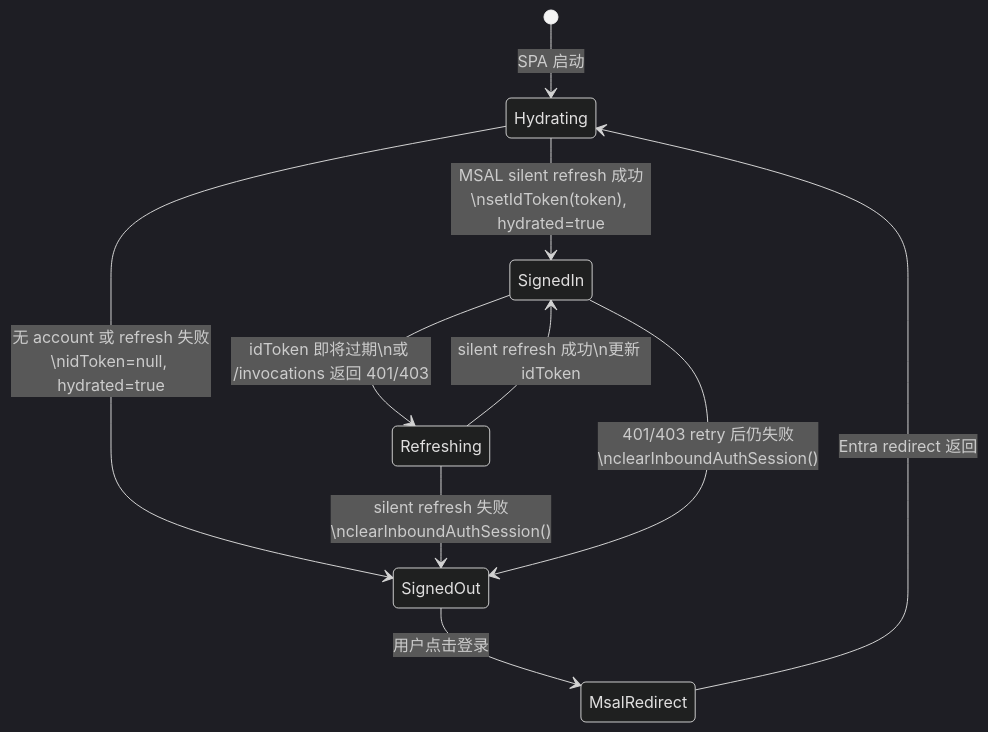
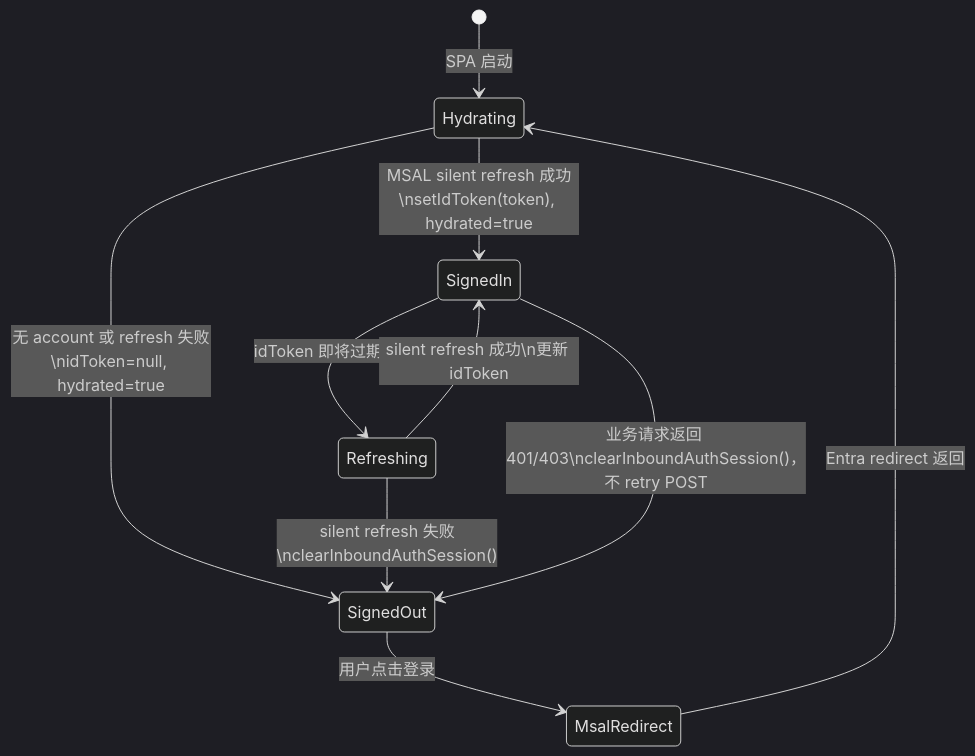
One commit to T-1009/personal-assistant changed the second of 8 diagrams in personal-assistant-meta/architecture/auth/inbound-auth-lifecycle.md. Above: the diagram before and after it, drawn with Mermaid (dark theme). The commit also changed other lines of this file and 105 other files, not shown here.

````diff
--- a/personal-assistant-meta/architecture/auth/inbound-auth-lifecycle.md
+++ b/personal-assistant-meta/architecture/auth/inbound-auth-lifecycle.md
@@ -72,14 +72,14 @@
 ```mermaid
 stateDiagram-v2
     [*] --> Hydrating: SPA 启动
     Hydrating --> SignedIn: MSAL silent refresh 成功\nsetIdToken(token), hydrated=true
     Hydrating --> SignedOut: 无 account 或 refresh 失败\nidToken=null, hydrated=true
 
     SignedOut --> MsalRedirect: 用户点击登录
     MsalRedirect --> Hydrating: Entra redirect 返回
 
-    SignedIn --> Refreshing: idToken 即将过期\n或 /invocations 返回 401/403
+    SignedIn --> Refreshing: idToken 即将过期
     Refreshing --> SignedIn: silent refresh 成功\n更新 idToken
     Refreshing --> SignedOut: silent refresh 失败\nclearInboundAuthSession()
-    SignedIn --> SignedOut: 401/403 retry 后仍失败\nclearInboundAuthSession()
+    SignedIn --> SignedOut: 业务请求返回 401/403\nclearInboundAuthSession()，不 retry POST
 ```
````
